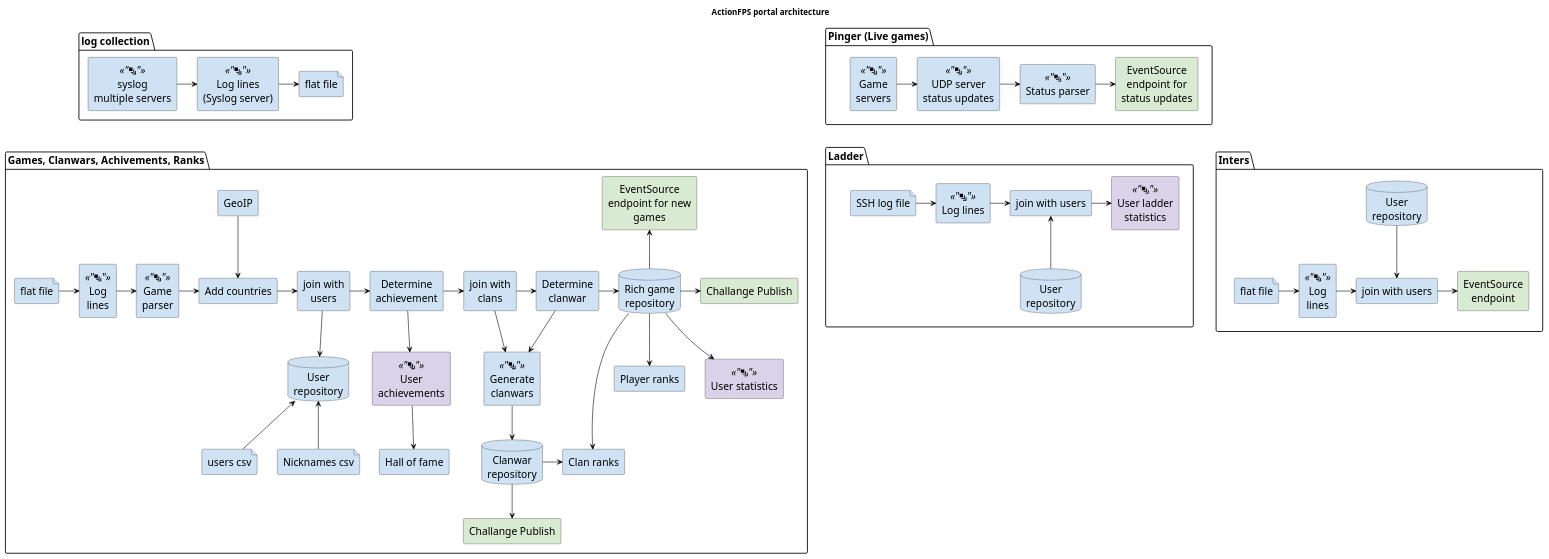
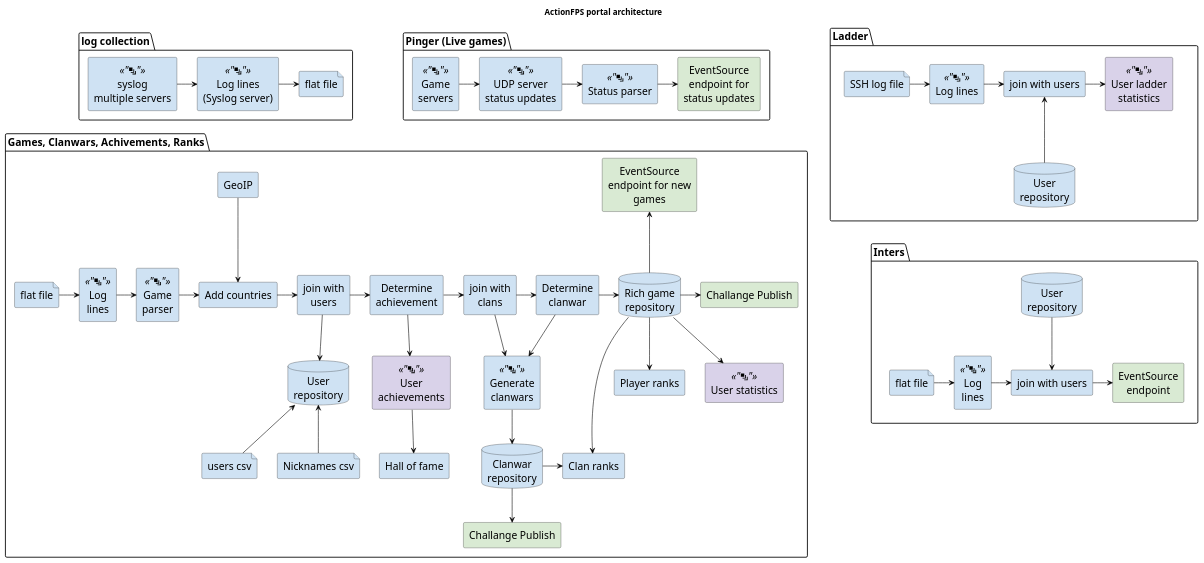
One commit to omainegra/ActionFPS changed the diagram in docs/architecture.plantuml. Above: the diagram before and after it, drawn with PlantUML.

Commit message:
Grouped ladder and inters packages for better layout

```diff
--- a/docs/architecture.plantuml
+++ b/docs/architecture.plantuml
@@ -1,128 +1,133 @@
 @startuml
 skinparam DefaultTextAlignment center
 skinparam arrowColor #000000
 skinparam rectangleBackgroundColor #CFE2F3
 skinparam fileBackgroundColor #CFE2F3
 skinparam databaseBackgroundColor #CFE2F3
 skinparam defaultFontSize 18
 
 title ActionFPS portal architecture
 
-package "log collection" as p1 {
+package "log collection" as log {
     rectangle "syslog\nmultiple servers" <<"<&layers>">> as syslog
     rectangle "Log lines\n(Syslog server)" <<"<&layers>">> as loglines
     file "flat file" as flatfile1
 
         syslog -> loglines
         loglines -> flatfile1
 }
-package "Games, Clanwars, Achivements, Ranks" as p2 {
+
+package "Pinger (Live games)" as pinger {
+    rectangle "Game\nservers" <<"<&layers>">> as gameServers
+    rectangle "UDP server\nstatus updates" <<"<&layers>">> as udpServer
+    rectangle "Status parser" <<"<&layers>">> as statusParser
+    rectangle "EventSource\nendpoint for\nstatus updates" as eventSourceEndpoint2 #D9EAD3
+
+        gameServers -> udpServer
+        udpServer -> statusParser
+        statusParser -> eventSourceEndpoint2
+}
+
+package "Games, Clanwars, Achivements, Ranks" as big {
 
     file "flat file" as flatFile2
     rectangle "Log\nlines" <<"<&layers>">> as logLines2
     rectangle "Game\nparser" <<"<&layers>">> as gameParser
     rectangle "Add countries" as addCountries
     rectangle "join with\nusers" as joinWithUsers
     rectangle "Determine\nachievement" as determineAchievement
     rectangle "join with\nclans" as joinWithClans
     rectangle "Determine\nclanwar" as determineClanwar
     database "Rich game\nrepository" as richGameRepository
 
 
         flatFile2 -> logLines2
         logLines2 -> gameParser
         gameParser -> addCountries
         addCountries -> joinWithUsers
         joinWithUsers -> determineAchievement
         determineAchievement -> joinWithClans
         joinWithClans -> determineClanwar
         determineClanwar -> richGameRepository
 
     rectangle "GeoIP" as geoIp
 
     loglines -[hidden]-> geoIp
 
         geoIp --> addCountries
 
     database "User\nrepository" as userRepository
     file "users csv" as users.csv
     file "Nicknames csv" as nicknames.csv
 
         joinWithUsers --> userRepository
         userRepository <-- users.csv
         userRepository <-- nicknames.csv
 
     rectangle "User\nachievements" <<"<&layers>">> as userAchievements #D9D2E9
     rectangle "Hall of fame" as hallOfFame
 
     determineAchievement --> userAchievements
     userAchievements --> hallOfFame
 
     rectangle "Generate\nclanwars" <<"<&layers>">> as generateClanwars
     database "Clanwar\nrepository" as clanwarRepository
     rectangle "Clan ranks" as clanRanks
     rectangle "Challange Publish" as challangePublish #D9EAD3
     rectangle "Player ranks" as playerRanks
     rectangle "User statistics" <<"<&layers>">> as userStatistics #D9D2E9
     rectangle "Challange Publish" as challangePublish2 #D9EAD3
     rectangle "EventSource\nendpoint for new\ngames" as eventSourceEndpoint #D9EAD3
 
 
         joinWithClans --> generateClanwars
         determineClanwar --> generateClanwars
         generateClanwars --> clanwarRepository
         clanwarRepository -> clanRanks
         clanwarRepository --> challangePublish
         richGameRepository --> clanRanks
         richGameRepository --> playerRanks
         richGameRepository --> userStatistics
         richGameRepository -> challangePublish2
         eventSourceEndpoint <-- richGameRepository
 }
 
 skinparam DefaultTextAlignment center
 skinparam arrowColor #000000
 skinparam rectangleBackgroundColor #CFE2F3
 skinparam fileBackgroundColor #CFE2F3
 skinparam databaseBackgroundColor #CFE2F3
 skinparam defaultFontSize 18
 
-package "Pinger (Live games)" as p3 {
-    rectangle "Game\nservers" <<"<&layers>">> as gameServers
-    rectangle "UDP server\nstatus updates" <<"<&layers>">> as udpServer
-    rectangle "Status parser" <<"<&layers>">> as statusParser
-    rectangle "EventSource\nendpoint for\nstatus updates" as eventSourceEndpoint2 #D9EAD3
+together {
 
-        gameServers -> udpServer
-        udpServer -> statusParser
-        statusParser -> eventSourceEndpoint2
-}
-
-package "Ladder" as p4 {
+package "Ladder" as ladder {
     file "SSH log file" as sshLogFile
     rectangle "Log lines" <<"<&layers>">> as logLines3
     rectangle "join with users" as joinWithUsers2
     rectangle "User ladder\nstatistics" <<"<&layers>">> as userLadderStatistics #D9D2E9
     database "User\nrepository"  as userRepository2
 
         sshLogFile -> logLines3
         logLines3 -> joinWithUsers2
         joinWithUsers2 -> userLadderStatistics
         joinWithUsers2 <-- userRepository2
 }
-p3 -[hidden]-> p4
 
-package "Inters" as p5 {
+package "Inters" as inters {
     database "User\nrepository" as userRepository3
     file "flat file" as flatFile3
     rectangle "Log\nlines" <<"<&layers>">> as logLines4
     rectangle "join with users" as joinWithUsers3
     rectangle "EventSource\nendpoint" as eventSourceEndpoint3 #D9EAD3
 
         userRepository3 --> joinWithUsers3
         flatFile3 -> logLines4
         logLines4 -> joinWithUsers3
         joinWithUsers3 -> eventSourceEndpoint3
 }
-p4 -[hidden]> p5
+
+ladder -[hidden]-- inters
+}
+
 @enduml
```
